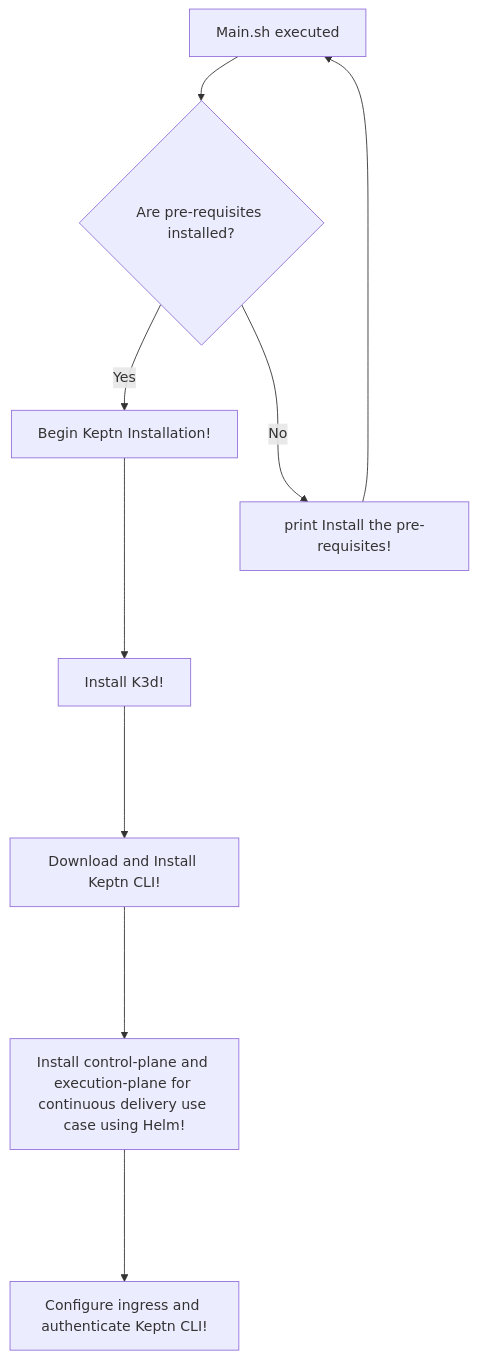
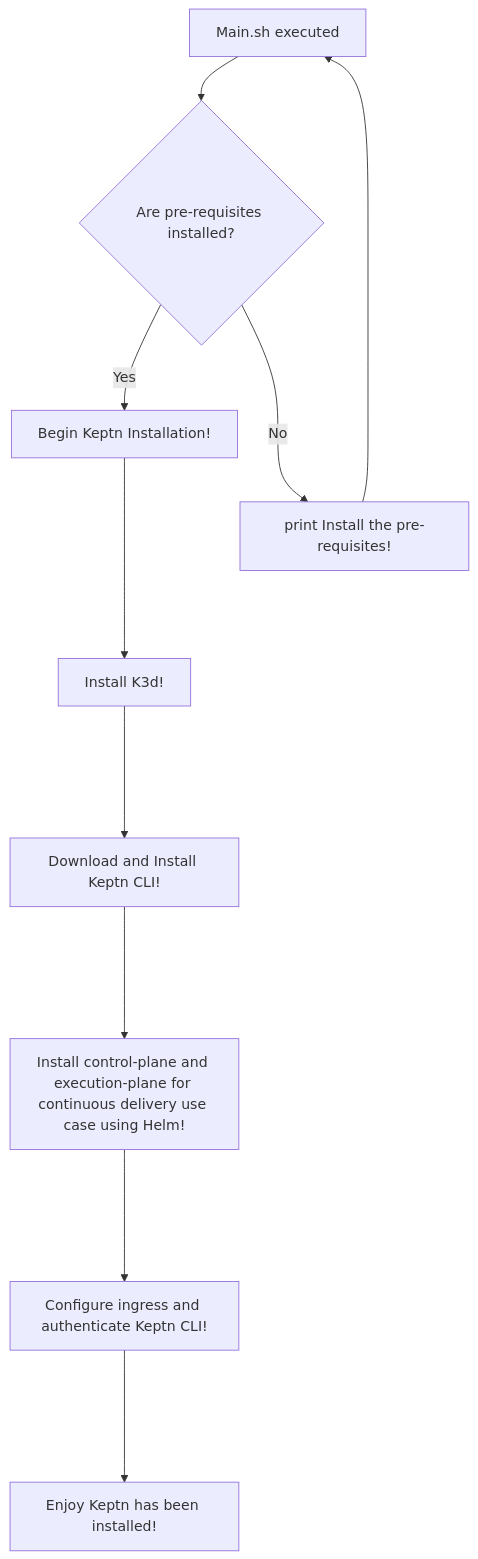
The diagram in README.md (NashTech-Labs/Setup-Keptn-Using-Jenkins), drawn with Mermaid before and after one commit. The commit also changed other lines of this file, not shown here.

````diff
--- a/README.md
+++ b/README.md
@@ -11,11 +11,12 @@
 ```mermaid
 flowchart TD
     A[Main.sh executed] --> B{Are pre-requisites installed?};
     B -- Yes --> C[Begin Keptn Installation!];
     B -- No --> D[print Install the pre-requisites!];
     C ----> E[Install K3d!];
     D ----> A[Main.sh executed];
     E ----> F[Download and Install Keptn CLI!];
     F ----> G[Install control-plane and execution-plane for continuous delivery use case using Helm!];
     G ----> I[Configure ingress and authenticate Keptn CLI!];
+    I ----> J[Enjoy Keptn has been installed!];
 ```
````
